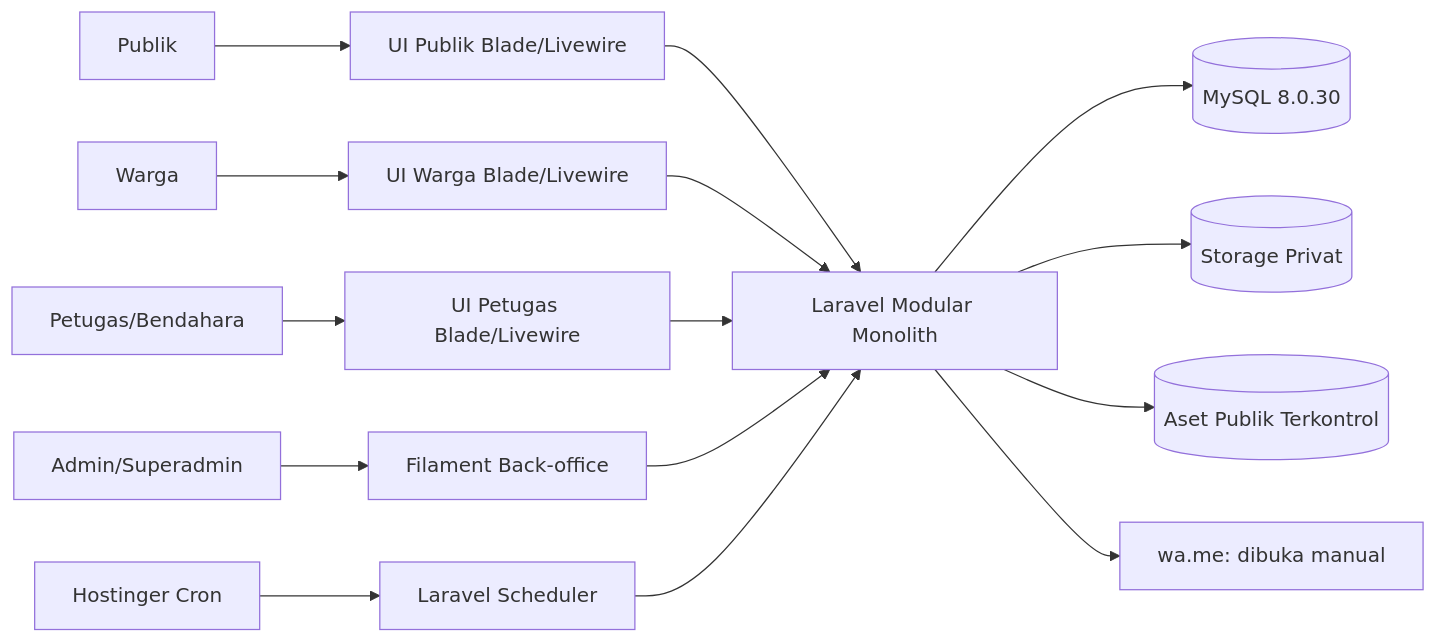
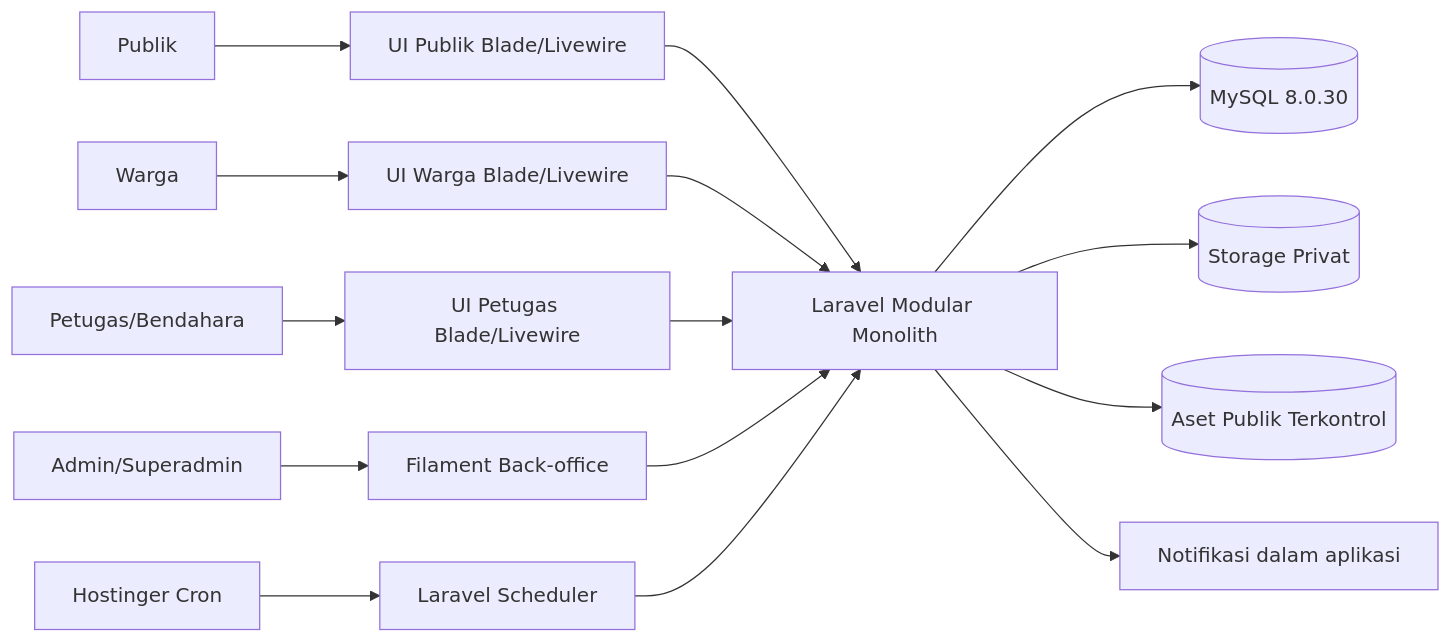
Before and after one commit to Faizpi/bank-sampah: the first of 3 diagrams in docs/ARCHITECTURE.md, drawn with Mermaid. The commit also changed other lines of this file and 240 other files, not shown here.

````diff
--- a/docs/ARCHITECTURE.md
+++ b/docs/ARCHITECTURE.md
@@ -28,17 +28,17 @@
 ```mermaid
 flowchart LR
     Public[Publik] --> Web[UI Publik Blade/Livewire]
     Citizen[Warga] --> CitizenUI[UI Warga Blade/Livewire]
     Officer[Petugas/Bendahara] --> OfficerUI[UI Petugas Blade/Livewire]
     Admin[Admin/Superadmin] --> Panel[Filament Back-office]
     Web --> App[Laravel Modular Monolith]
     CitizenUI --> App
     OfficerUI --> App
     Panel --> App
     App --> DB[(MySQL 8.0.30)]
     App --> Private[(Storage Privat)]
     App --> PublicFiles[(Aset Publik Terkontrol)]
-    App --> WA[wa.me: dibuka manual]
+    App --> Notifications[Notifikasi dalam aplikasi]
     Cron[Hostinger Cron] --> Scheduler[Laravel Scheduler]
     Scheduler --> App
 ```
````
